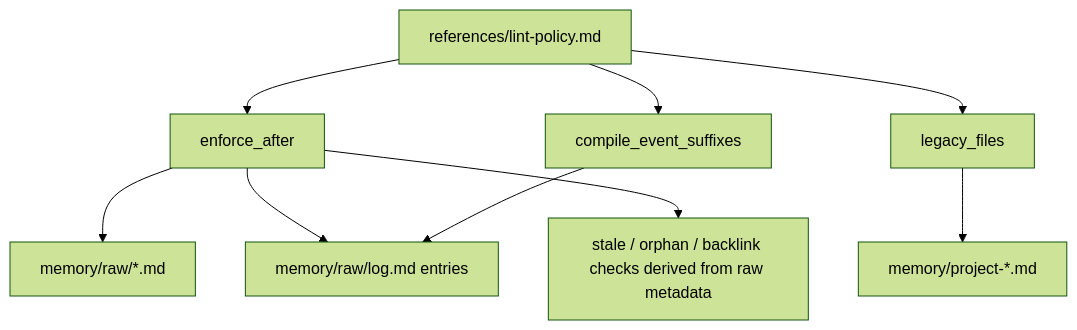
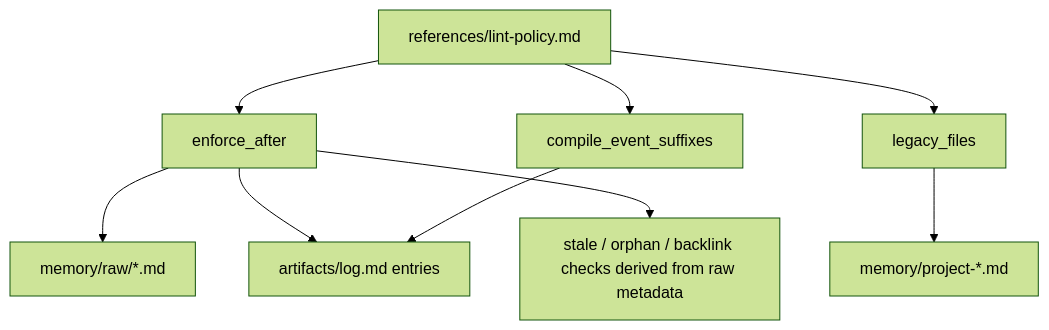
Before and after one commit to johanesalxd/llm-wiki: the second of 4 diagrams in README.md, drawn with Mermaid (forest theme). The commit also changed other lines of this file and 5 other files, not shown here.

Commit message:
refactor: move llm-wiki operational artifacts out of memory corpus

````diff
--- a/README.md
+++ b/README.md
@@ -151,13 +155,13 @@
 ```mermaid
 flowchart TD
     POLICY["references/lint-policy.md"] --> ENFORCE["enforce_after"]
     POLICY --> LEGACY["legacy_files"]
     POLICY --> SUFFIX["compile_event_suffixes"]
 
     ENFORCE --> RAW["memory/raw/*.md"]
-    ENFORCE --> LOG["memory/raw/log.md entries"]
+    ENFORCE --> LOG["artifacts/log.md entries"]
     ENFORCE --> RAWCHECKS["stale / orphan / backlink checks derived from raw metadata"]
 
     LEGACY --> PROJ["memory/project-*.md"]
     SUFFIX --> LOG
 ```
````
